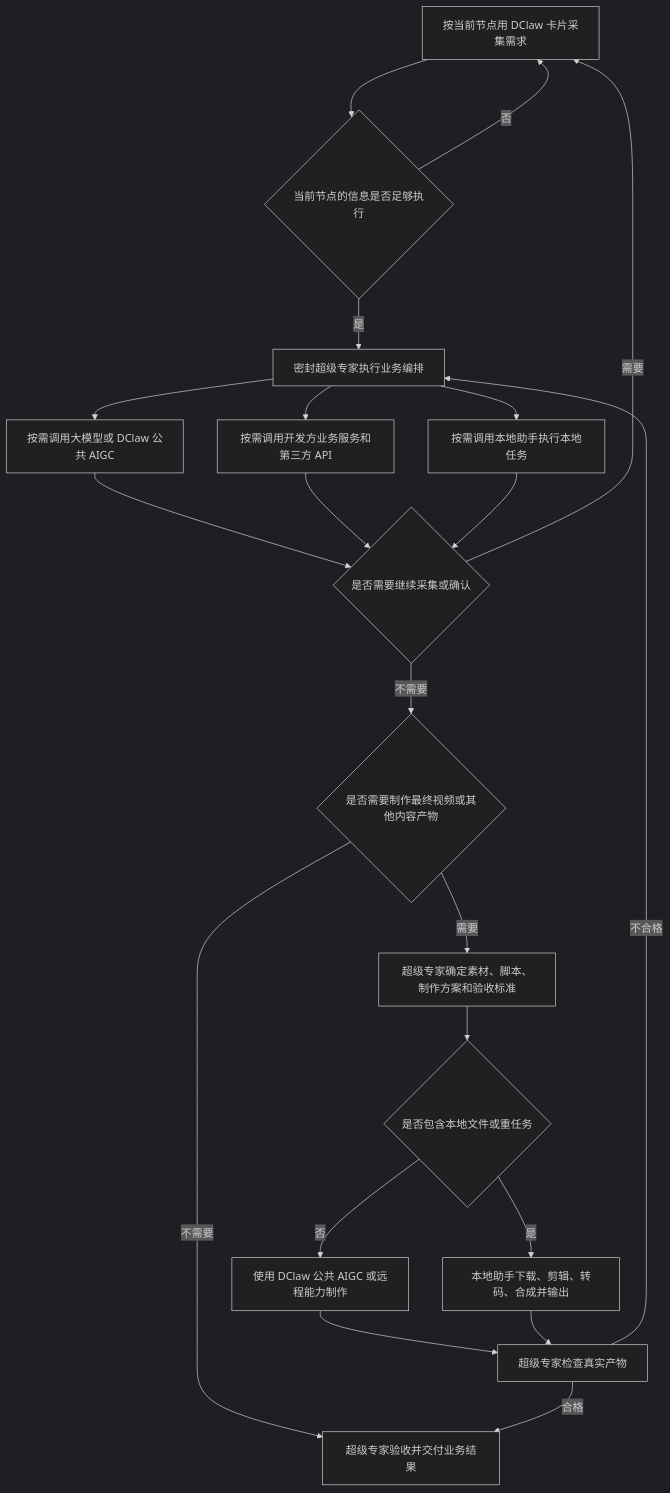
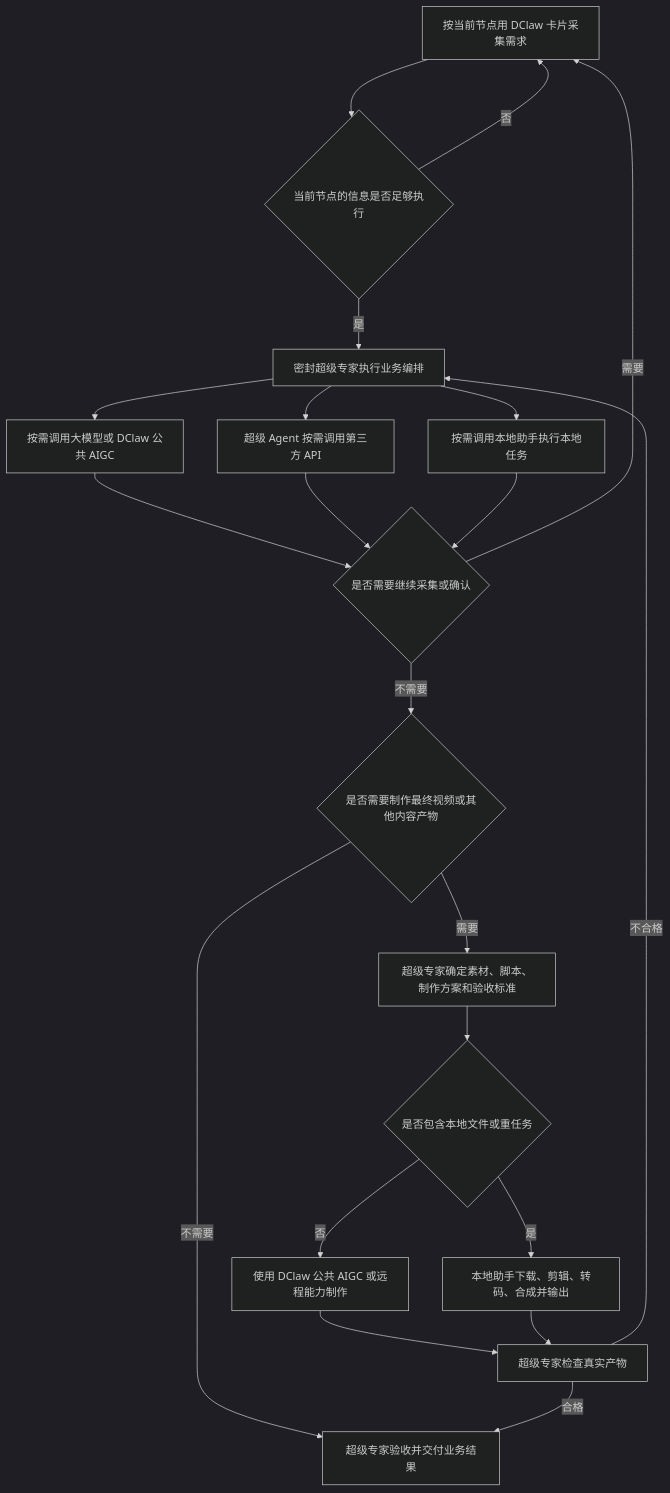
One commit to 51taichi/dclaw-platform changed the second of 4 diagrams in docs/super-agent-development-standard-v1.zh-CN.md. Above: the diagram before and after it, drawn with Mermaid (dark theme). The commit also changed other lines of this file, not shown here.

Commit message:
docs: keep third-party calls agent-side

````diff
--- a/docs/super-agent-development-standard-v1.zh-CN.md
+++ b/docs/super-agent-development-standard-v1.zh-CN.md
@@ -174,23 +173,23 @@
 ```mermaid
 flowchart TD
     A[按当前节点用 DClaw 卡片采集需求] --> B{当前节点的信息是否足够执行}
     B -->|否| A
     B -->|是| C[密封超级专家执行业务编排]
     C --> D[按需调用大模型或 DClaw 公共 AIGC]
-    C --> E[按需调用开发方业务服务和第三方 API]
+    C --> E[超级 Agent 按需调用第三方 API]
     C --> F[按需调用本地助手执行本地任务]
     D --> G{是否需要继续采集或确认}
     E --> G
     F --> G
     G -->|需要| A
     G -->|不需要| H{是否需要制作最终视频或其他内容产物}
     H -->|不需要| K[超级专家验收并交付业务结果]
     H -->|需要| I[超级专家确定素材、脚本、制作方案和验收标准]
     I --> J{是否包含本地文件或重任务}
     J -->|否| L[使用 DClaw 公共 AIGC 或远程能力制作]
     J -->|是| M[本地助手下载、剪辑、转码、合成并输出]
     L --> N[超级专家检查真实产物]
     M --> N
     N -->|不合格| C
     N -->|合格| K
 ```
````
